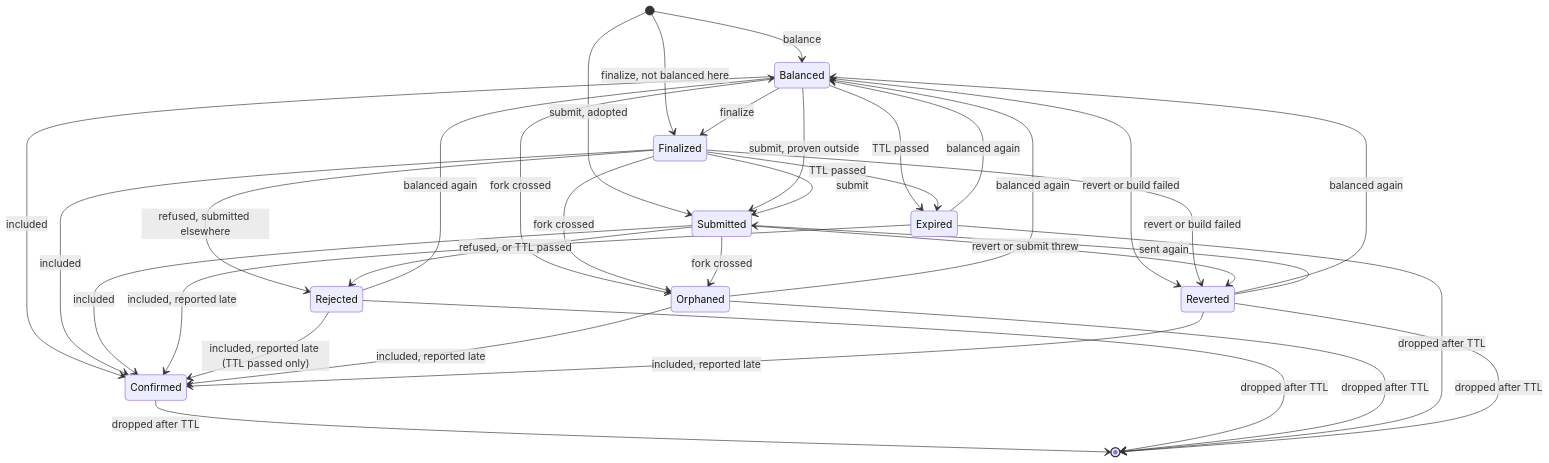
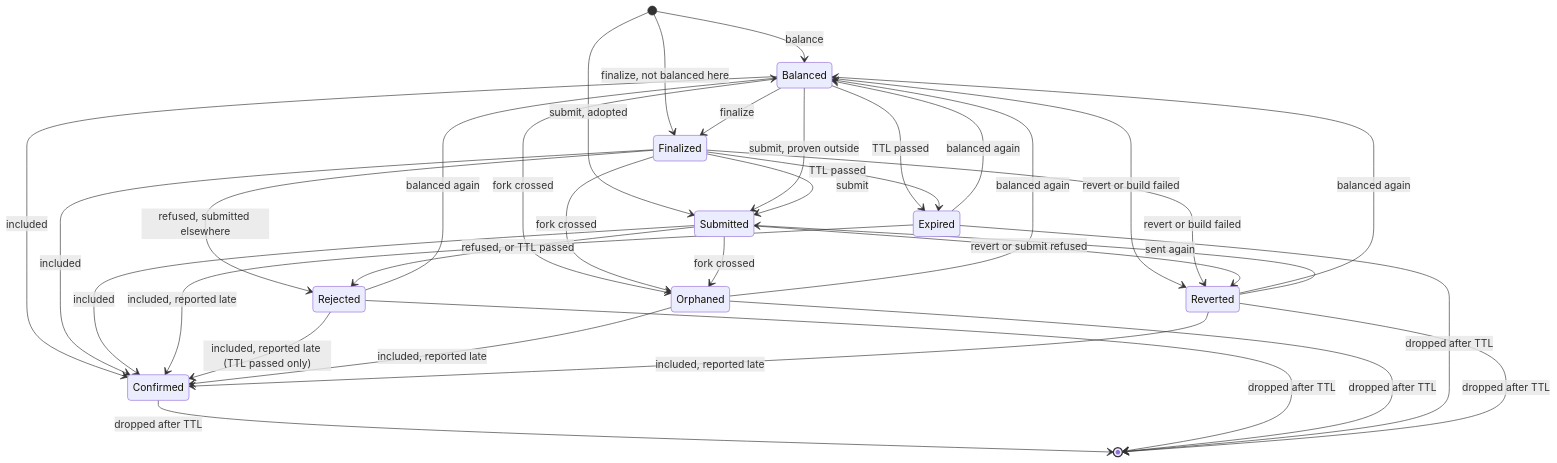
Before and after one commit to midnightntwrk/midnight-wallet: the diagram in docs/decisions/0011-one-lifecycle-record-per-transaction.md, drawn with Mermaid. The commit also changed other lines of this file and 10 other files, not shown here.

````diff
--- a/docs/decisions/0011-one-lifecycle-record-per-transaction.md
+++ b/docs/decisions/0011-one-lifecycle-record-per-transaction.md
@@ -70,36 +70,36 @@
 ```mermaid
 stateDiagram-v2
   [*] --> Balanced: balance
   [*] --> Finalized: finalize, not balanced here
   [*] --> Submitted: submit, adopted
   Balanced --> Finalized: finalize
   Balanced --> Submitted: submit, proven outside
   Finalized --> Submitted: submit
   Balanced --> Confirmed: included
   Finalized --> Confirmed: included
   Submitted --> Confirmed: included
   Finalized --> Rejected: refused, submitted elsewhere
   Submitted --> Rejected: refused, or TTL passed
   Balanced --> Orphaned: fork crossed
   Finalized --> Orphaned: fork crossed
   Submitted --> Orphaned: fork crossed
   Balanced --> Expired: TTL passed
   Finalized --> Expired: TTL passed
   Balanced --> Reverted: revert or build failed
   Finalized --> Reverted: revert or build failed
-  Submitted --> Reverted: revert or submit threw
+  Submitted --> Reverted: revert or submit refused
   Rejected --> Balanced: balanced again
   Orphaned --> Balanced: balanced again
   Expired --> Balanced: balanced again
   Reverted --> Balanced: balanced again
   Reverted --> Submitted: sent again
   Expired --> Confirmed: included, reported late
   Rejected --> Confirmed: included, reported late (TTL passed only)
   Orphaned --> Confirmed: included, reported late
   Reverted --> Confirmed: included, reported late
   Confirmed --> [*]: dropped after TTL
   Rejected --> [*]: dropped after TTL
   Orphaned --> [*]: dropped after TTL
   Expired --> [*]: dropped after TTL
   Reverted --> [*]: dropped after TTL
 ```
````
